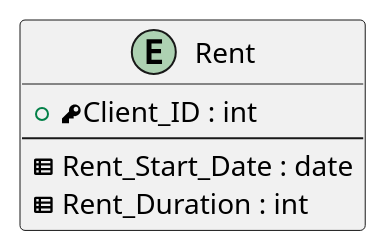
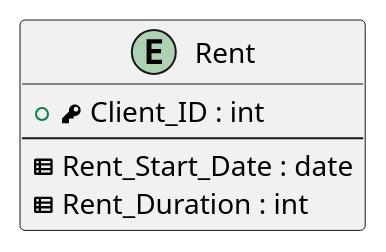
One commit to DmitryVasilkovW/ITMO-Database-design-labs-4-sem changed the diagram in Labs/Lab1/Tables/Entities/Rent.puml. Above: the diagram before and after it, drawn with PlantUML. The commit also changed 3 other files, not shown here.

```diff
--- a/Labs/Lab1/Tables/Entities/Rent.puml
+++ b/Labs/Lab1/Tables/Entities/Rent.puml
@@ -1,9 +1,9 @@
 @startuml
 entity "Rent" as rent
 {
-  +<&key>Client_ID : int
+  +<&key> Client_ID : int
   --
   <&spreadsheet> Rent_Start_Date : date
   <&spreadsheet> Rent_Duration : int
 }
 @enduml
```
